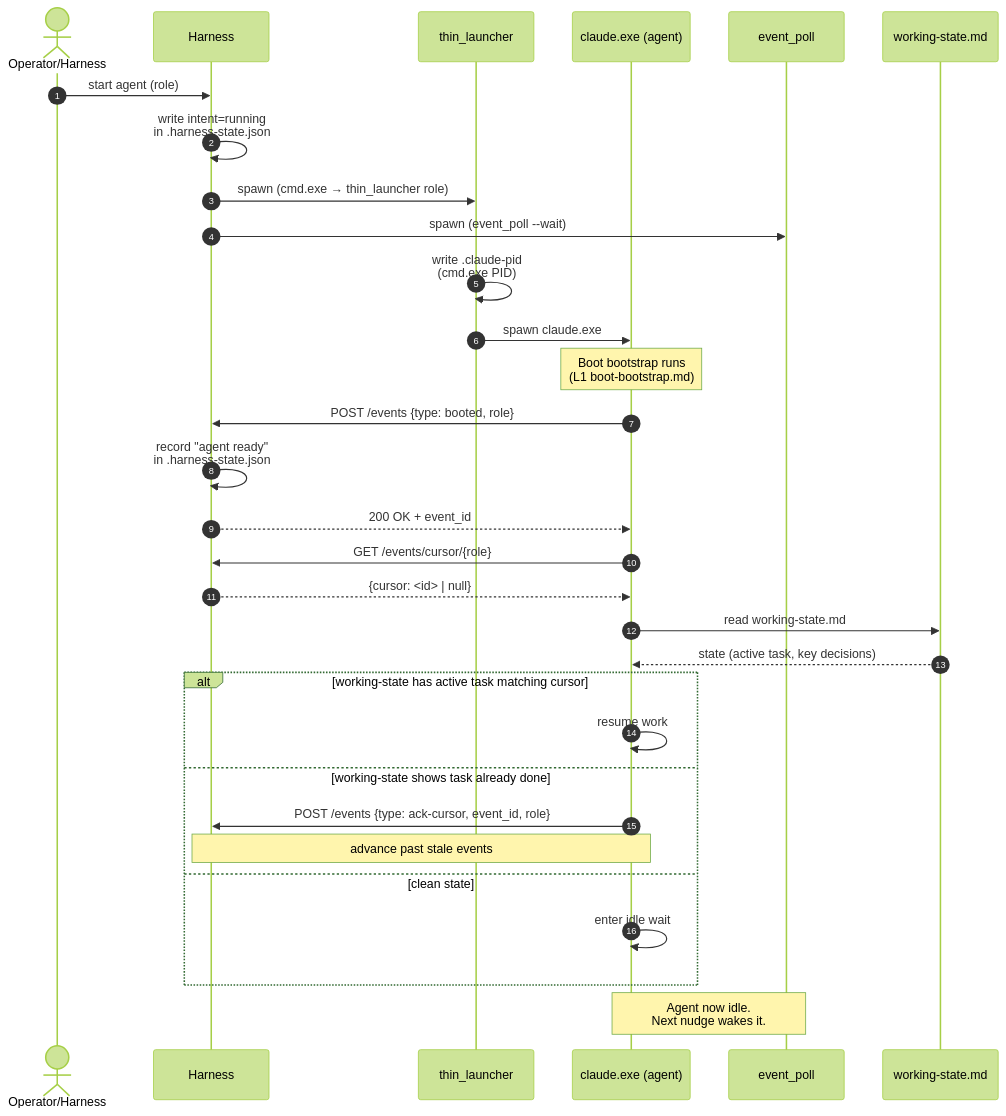
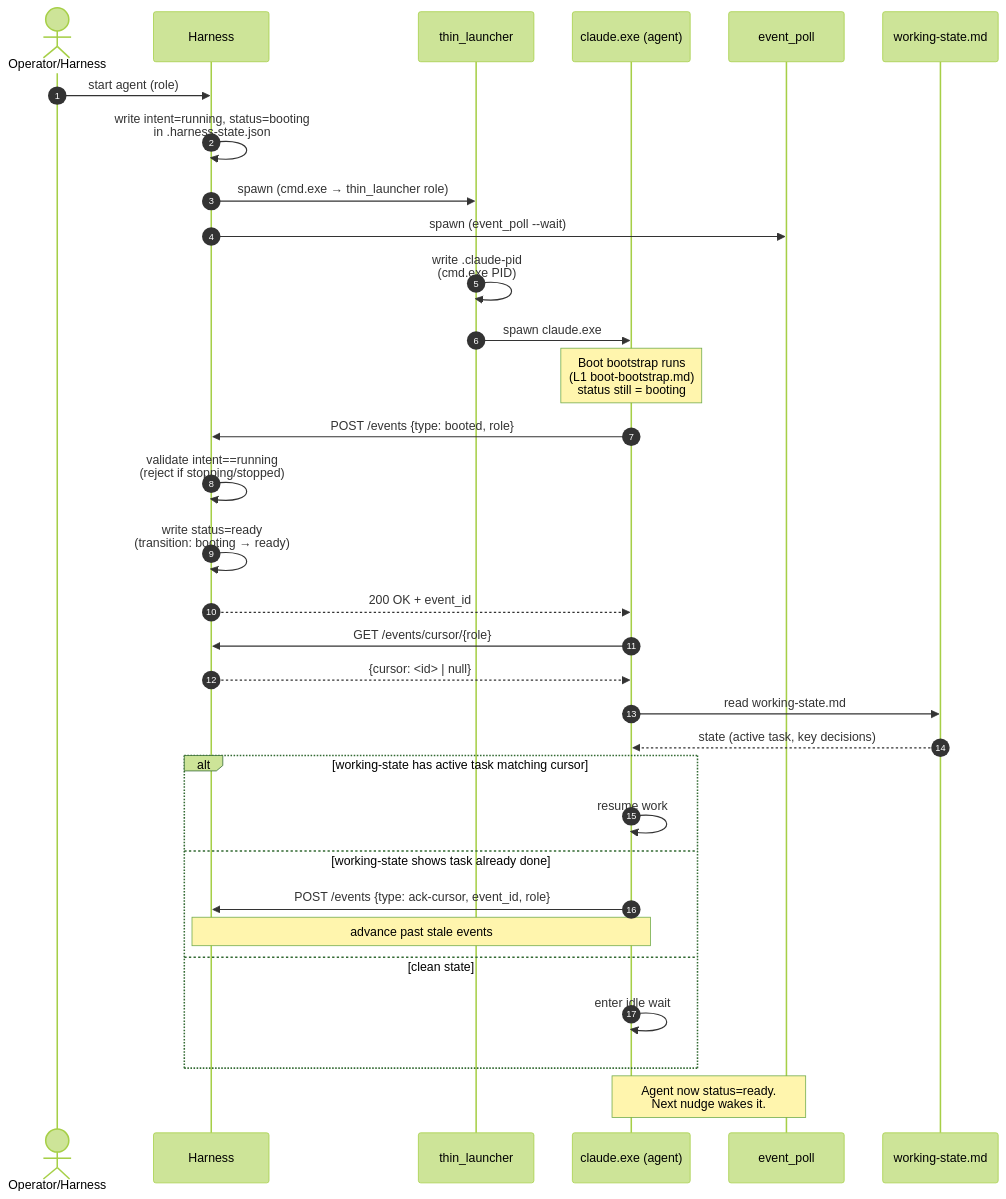
Before and after one commit to WallyDoodlez/SquidSquad: the sixth of 11 diagrams in docs/EVENT-ARCHITECTURE.md, drawn with Mermaid (forest theme). The commit also changed other lines of this file, not shown here.

First line of the commit message:
docs: event-arch v2 — add explicit agent state machine (status + intent)

````diff
--- a/docs/EVENT-ARCHITECTURE.md
+++ b/docs/EVENT-ARCHITECTURE.md
@@ -372,39 +378,40 @@
 ```mermaid
 sequenceDiagram
     autonumber
     actor Op as Operator/Harness
     participant H as Harness
     participant TL as thin_launcher
     participant C as claude.exe (agent)
     participant EP as event_poll
     participant WS as working-state.md
 
     Op->>H: start agent (role)
-    H->>H: write intent=running<br/>in .harness-state.json
+    H->>H: write intent=running, status=booting<br/>in .harness-state.json
     H->>TL: spawn (cmd.exe → thin_launcher role)
     H->>EP: spawn (event_poll --wait)
     TL->>TL: write .claude-pid<br/>(cmd.exe PID)
     TL->>C: spawn claude.exe
-    Note over C: Boot bootstrap runs<br/>(L1 boot-bootstrap.md)
+    Note over C: Boot bootstrap runs<br/>(L1 boot-bootstrap.md)<br/>status still = booting
 
     C->>H: POST /events {type: booted, role}
-    H->>H: record "agent ready"<br/>in .harness-state.json
+    H->>H: validate intent==running<br/>(reject if stopping/stopped)
+    H->>H: write status=ready<br/>(transition: booting → ready)
     H-->>C: 200 OK + event_id
 
     C->>H: GET /events/cursor/{role}
     H-->>C: {cursor: <id> | null}
 
     C->>WS: read working-state.md
     WS-->>C: state (active task, key decisions)
 
     alt working-state has active task matching cursor
         C->>C: resume work
     else working-state shows task already done
         C->>H: POST /events {type: ack-cursor, event_id, role}
         Note over C,H: advance past stale events
     else clean state
         C->>C: enter idle wait
     end
 
-    Note over C,EP: Agent now idle.<br/>Next nudge wakes it.
+    Note over C,EP: Agent now status=ready.<br/>Next nudge wakes it.
 ```
````
